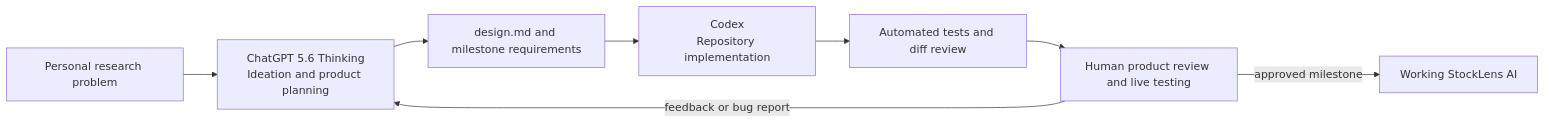
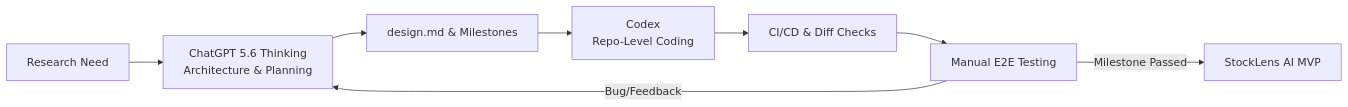
The first of 2 diagrams in README.md (yizhangl/StockLens-AI), drawn with Mermaid before and after one commit. The commit also changed other lines of this file, not shown here.

````diff
--- a/README.md
+++ b/README.md
@@ -57,10 +26,10 @@
 ```mermaid
 flowchart LR
-    Idea[Personal research problem] --> ChatGPT[ChatGPT 5.6 Thinking<br/>Ideation and product planning]
-    ChatGPT --> Design[design.md and milestone requirements]
-    Design --> Codex[Codex<br/>Repository implementation]
-    Codex --> Validation[Automated tests and diff review]
-    Validation --> Review[Human product review and live testing]
-    Review -->|feedback or bug report| ChatGPT
-    Review -->|approved milestone| Product[Working StockLens AI]
+    Idea[Research Need] --> ChatGPT[ChatGPT 5.6 Thinking<br/>Architecture & Planning]
+    ChatGPT --> Design[design.md & Milestones]
+    Design --> Codex[Codex<br/>Repo-Level Coding]
+    Codex --> Validation[CI/CD & Diff Checks]
+    Validation --> Review[Manual E2E Testing]
+    Review -->|Bug/Feedback| ChatGPT
+    Review -->|Milestone Passed| Product[StockLens AI MVP]
 ```
````
